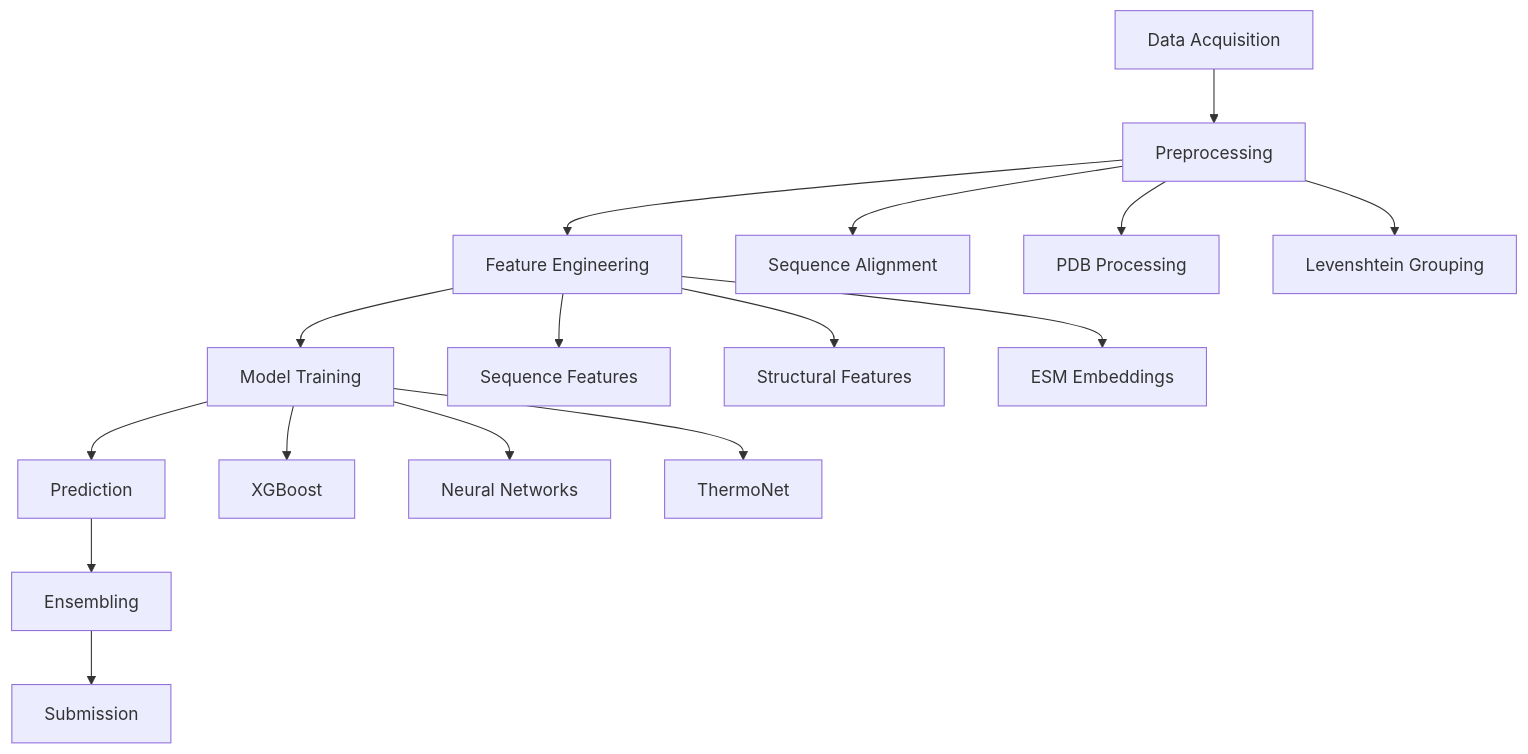
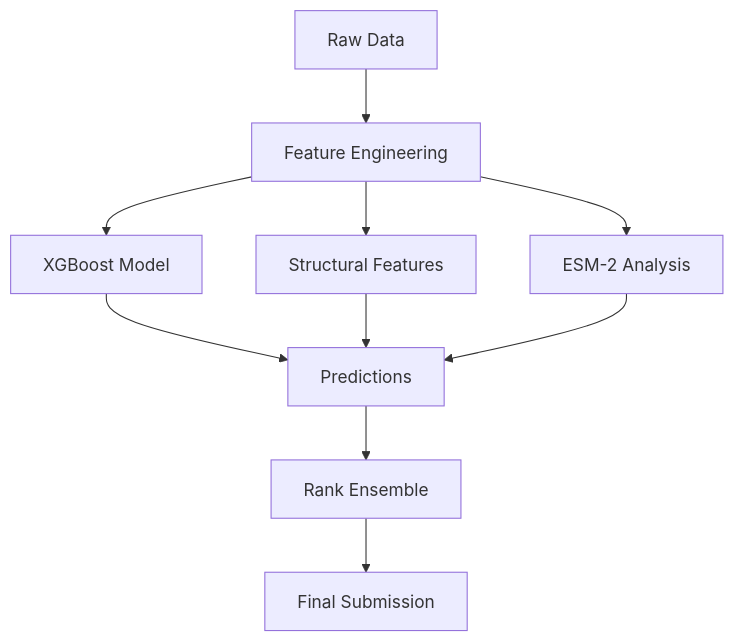
One commit to cw0508/Novozymes-Enzyme-Stability-Prediction changed the diagram in REPORT.md. Above: the diagram before and after it, drawn with Mermaid. The commit also changed other lines of this file, not shown here.

````diff
--- a/REPORT.md
+++ b/REPORT.md
@@ -40,21 +37,12 @@
 ```mermaid
 graph TD
-    A[Data Acquisition] --> B[Preprocessing];
-    B --> C[Feature Engineering];
-    C --> D[Model Training];
-    D --> E[Prediction];
-    E --> F[Ensembling];
-    F --> G[Submission];
-    
-    B --> B1[Sequence Alignment];
-    B --> B2[PDB Processing];
-    B --> B3[Levenshtein Grouping];
-    
-    C --> C1[Sequence Features];
-    C --> C2[Structural Features];
-    C --> C3[ESM Embeddings];
-    
-    D --> D1[XGBoost];
-    D --> D2[Neural Networks];
-    D --> D3[ThermoNet];
+    A[Raw Data] --> B[Feature Engineering];
+    B --> C[XGBoost Model];
+    B --> D[Structural Features];
+    B --> E[ESM-2 Analysis];
+    C --> F[Predictions];
+    D --> F;
+    E --> F;
+    F --> G[Rank Ensemble];
+    G --> H[Final Submission];
 ```
````
